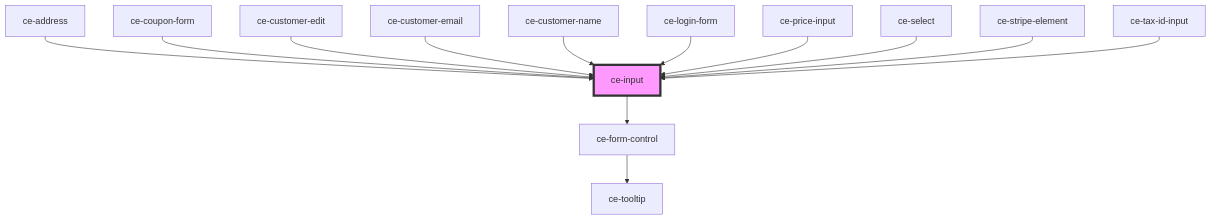
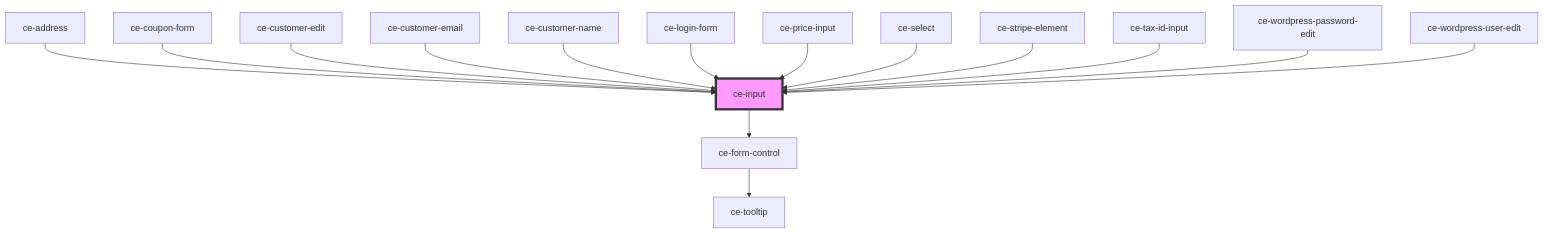
The diagram in packages/components/src/components/ui/input/readme.md (surecart/surecart-wp-plugin), drawn with Mermaid before and after one commit. The commit also changed other lines of this file and 27 other files, not shown here.

````diff
--- a/packages/components/src/components/ui/input/readme.md
+++ b/packages/components/src/components/ui/input/readme.md
@@ -128,16 +130,18 @@
 ```mermaid
 graph TD;
   ce-input --> ce-form-control
   ce-form-control --> ce-tooltip
   ce-address --> ce-input
   ce-coupon-form --> ce-input
   ce-customer-edit --> ce-input
   ce-customer-email --> ce-input
   ce-customer-name --> ce-input
   ce-login-form --> ce-input
   ce-price-input --> ce-input
   ce-select --> ce-input
   ce-stripe-element --> ce-input
   ce-tax-id-input --> ce-input
+  ce-wordpress-password-edit --> ce-input
+  ce-wordpress-user-edit --> ce-input
   style ce-input fill:#f9f,stroke:#333,stroke-width:4px
 ```
````
